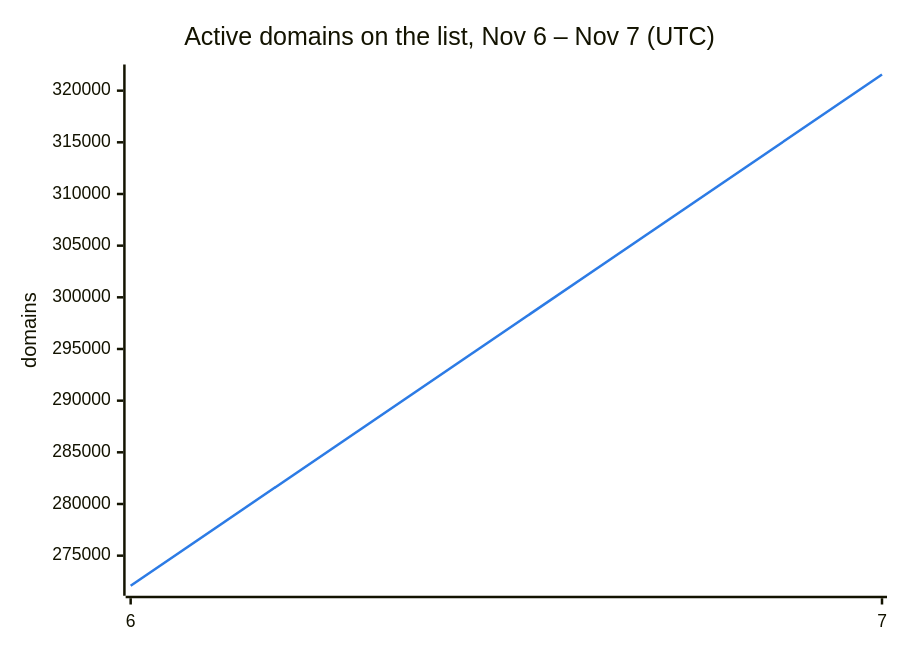
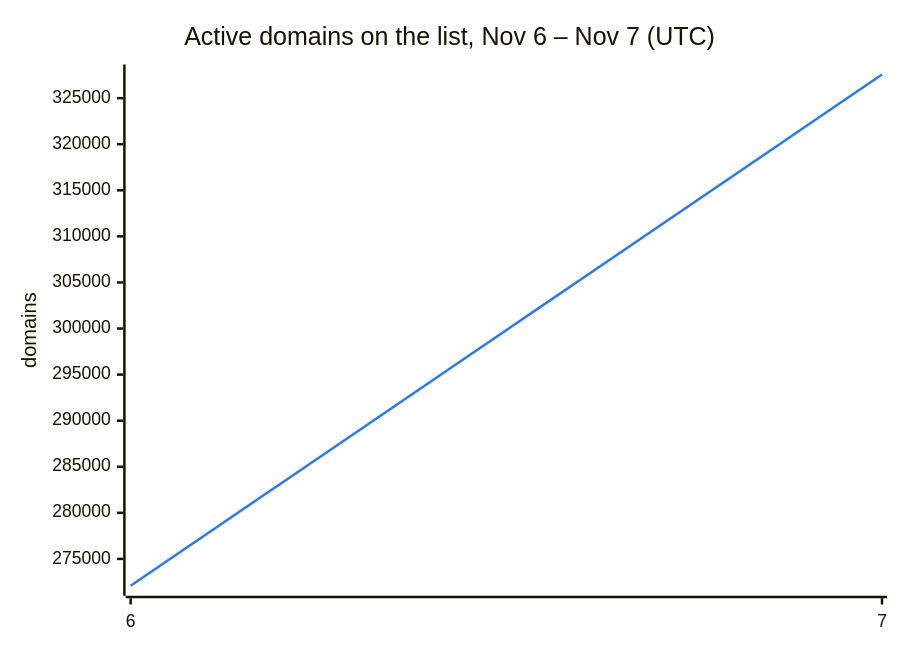
The second of 3 diagrams in README.md (DNSBunker/CTI), drawn with Mermaid before and after one commit. The commit also changed other lines of this file and 3 other files, not shown here.

````diff
--- a/README.md
+++ b/README.md
@@ -38,8 +38,8 @@
 ```mermaid
 %%{init: {"themeVariables": {"xyChart": {"plotColorPalette": "#2c7be5"}}}}%%
 xychart-beta
     title "Active domains on the list, Nov 6 – Nov 7 (UTC)"
     x-axis ["6", "7"]
     y-axis "domains"
-    line [272088, 321563]
+    line [272088, 327566]
 ```
````
